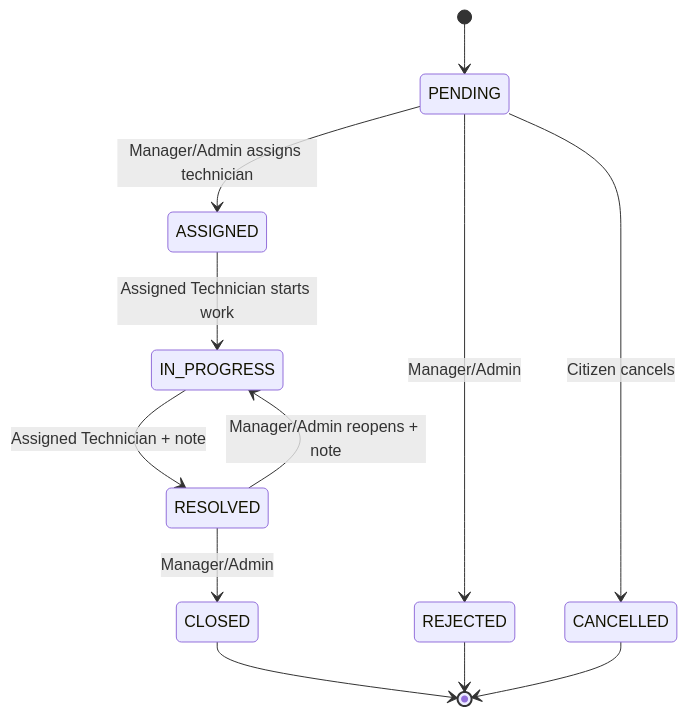
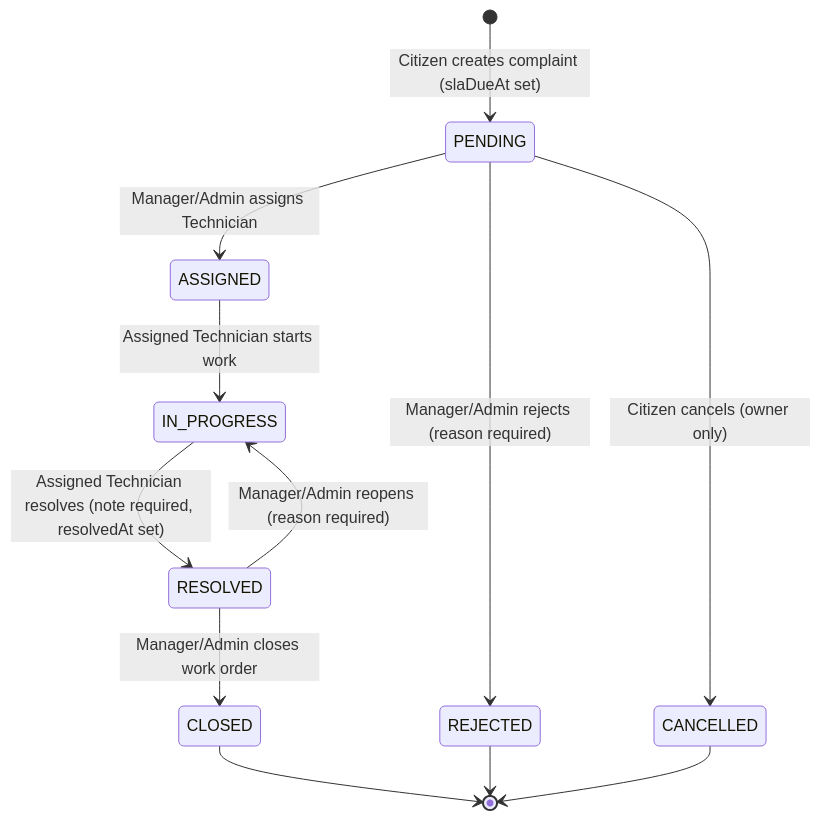
Before and after one commit to Fahim7600/City-Complaint-Platform: the first of 2 diagrams in README.md, drawn with Mermaid. The commit also changed other lines of this file, not shown here.

````diff
--- a/README.md
+++ b/README.md
@@ -117,14 +159,19 @@
 ```mermaid
 stateDiagram-v2
-    [*] --> PENDING
-    PENDING --> REJECTED: Manager/Admin
-    PENDING --> ASSIGNED: Manager/Admin assigns technician
-    PENDING --> CANCELLED: Citizen cancels
+    [*] --> PENDING: Citizen creates complaint (slaDueAt set)
+    
+    PENDING --> ASSIGNED: Manager/Admin assigns Technician
+    PENDING --> REJECTED: Manager/Admin rejects (reason required)
+    PENDING --> CANCELLED: Citizen cancels (owner only)
+    
     ASSIGNED --> IN_PROGRESS: Assigned Technician starts work
-    IN_PROGRESS --> RESOLVED: Assigned Technician + note
-    RESOLVED --> CLOSED: Manager/Admin
-    RESOLVED --> IN_PROGRESS: Manager/Admin reopens + note
+    
+    IN_PROGRESS --> RESOLVED: Assigned Technician resolves (note required, resolvedAt set)
+    
+    RESOLVED --> CLOSED: Manager/Admin closes work order
+    RESOLVED --> IN_PROGRESS: Manager/Admin reopens (reason required)
+    
     CLOSED --> [*]
     REJECTED --> [*]
     CANCELLED --> [*]
 ```
````
